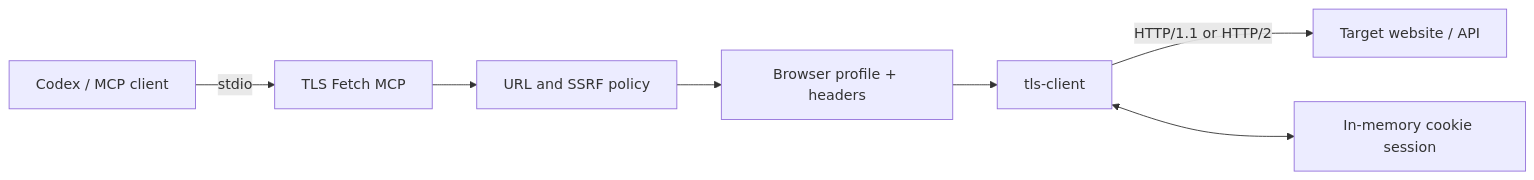
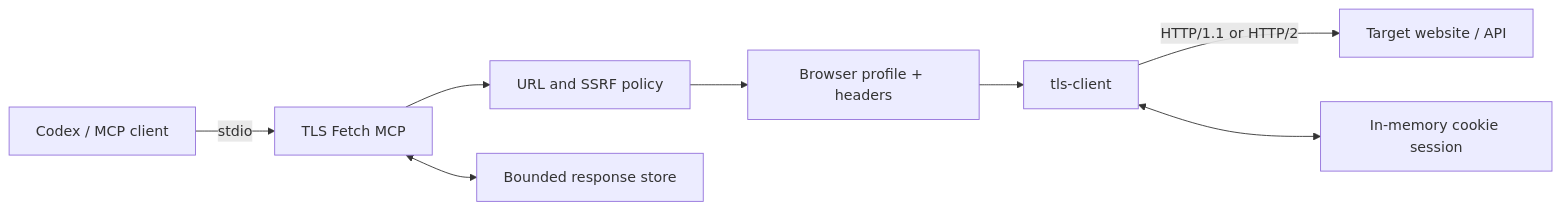
One commit to JakobAIOdev/tls-fetch-mcp changed the diagram in README.md. Above: the diagram before and after it, drawn with Mermaid. The commit also changed other lines of this file and 11 other files, not shown here.

````diff
--- a/README.md
+++ b/README.md
@@ -53,9 +62,10 @@
 ```mermaid
 flowchart LR
     A["Codex / MCP client"] -->|stdio| B["TLS Fetch MCP"]
     B --> C["URL and SSRF policy"]
     C --> D["Browser profile + headers"]
     D --> E["tls-client"]
     E -->|HTTP/1.1 or HTTP/2| F["Target website / API"]
     E <--> G["In-memory cookie session"]
+    B <--> H["Bounded response store"]
 ```
````
